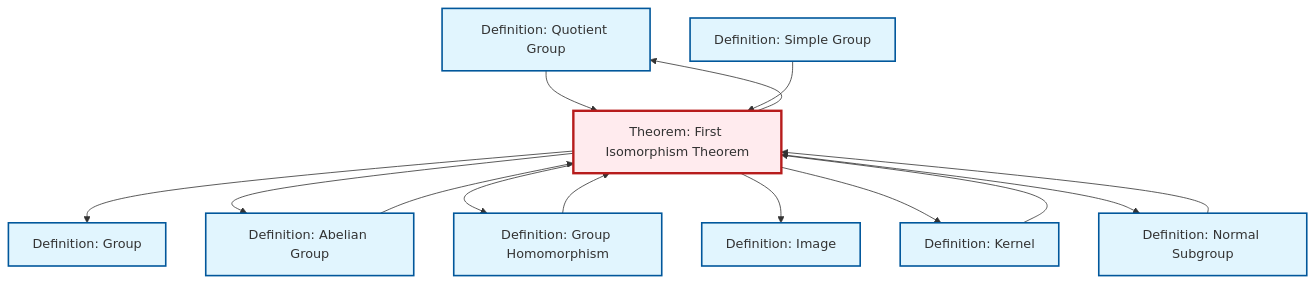
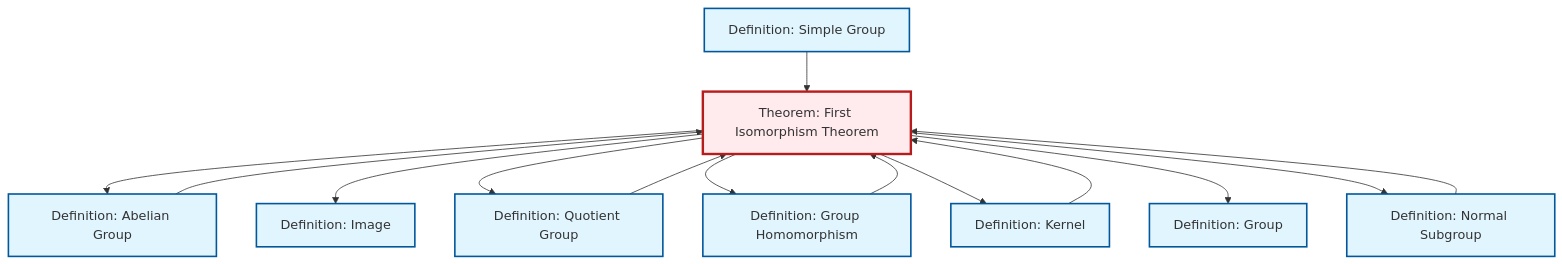
One commit to RK0429/ModernMath changed the diagram in content/ja/algebra/thm-first-isomorphism.qmd. Above: the diagram before and after it, drawn with Mermaid. The commit also changed other lines of this file and 581 other files, not shown here.

````diff
--- a/content/ja/algebra/thm-first-isomorphism.qmd
+++ b/content/ja/algebra/thm-first-isomorphism.qmd
@@ -101,40 +101,40 @@
 ```{mermaid}
 %%| fig-cap: "Local dependency graph"
 graph TD
     classDef definition fill:#e1f5fe,stroke:#01579b,stroke-width:2px
     classDef theorem fill:#f3e5f5,stroke:#4a148c,stroke-width:2px
     classDef axiom fill:#fff3e0,stroke:#e65100,stroke-width:2px
     classDef example fill:#e8f5e9,stroke:#1b5e20,stroke-width:2px
     classDef current fill:#ffebee,stroke:#b71c1c,stroke-width:3px
+    def-simple-group["Definition: Simple Group"]:::definition
+    def-image["Definition: Image"]:::definition
+    def-normal-subgroup["Definition: Normal Subgroup"]:::definition
     def-quotient-group["Definition: Quotient Group"]:::definition
+    def-abelian-group["Definition: Abelian Group"]:::definition
     def-kernel["Definition: Kernel"]:::definition
-    def-image["Definition: Image"]:::definition
-    def-abelian-group["Definition: Abelian Group"]:::definition
-    def-simple-group["Definition: Simple Group"]:::definition
     def-group["Definition: Group"]:::definition
-    def-normal-subgroup["Definition: Normal Subgroup"]:::definition
     def-homomorphism["Definition: Group Homomorphism"]:::definition
     thm-first-isomorphism["Theorem: First Isomorphism Theorem"]:::theorem
+    thm-first-isomorphism --> def-abelian-group
     def-quotient-group --> thm-first-isomorphism
+    thm-first-isomorphism --> def-image
+    thm-first-isomorphism --> def-quotient-group
+    thm-first-isomorphism --> def-homomorphism
+    thm-first-isomorphism --> def-kernel
     thm-first-isomorphism --> def-group
-    def-normal-subgroup --> thm-first-isomorphism
-    thm-first-isomorphism --> def-abelian-group
-    def-abelian-group --> thm-first-isomorphism
-    thm-first-isomorphism --> def-homomorphism
-    thm-first-isomorphism --> def-image
     def-simple-group --> thm-first-isomorphism
     def-kernel --> thm-first-isomorphism
-    thm-first-isomorphism --> def-kernel
+    def-homomorphism --> thm-first-isomorphism
+    def-abelian-group --> thm-first-isomorphism
+    def-normal-subgroup --> thm-first-isomorphism
     thm-first-isomorphism --> def-normal-subgroup
-    thm-first-isomorphism --> def-quotient-group
-    def-homomorphism --> thm-first-isomorphism
     class thm-first-isomorphism current
+    click def-simple-group "def-simple-group.html" "Definition: Simple Groupへ"
+    click def-image "def-image.html" "Definition: Imageへ"
+    click def-normal-subgroup "def-normal-subgroup.html" "Definition: Normal Subgroupへ"
     click def-quotient-group "def-quotient-group.html" "Definition: Quotient Groupへ"
+    click def-abelian-group "def-abelian-group.html" "Definition: Abelian Groupへ"
     click def-kernel "def-kernel.html" "Definition: Kernelへ"
-    click def-image "def-image.html" "Definition: Imageへ"
-    click def-abelian-group "def-abelian-group.html" "Definition: Abelian Groupへ"
-    click def-simple-group "def-simple-group.html" "Definition: Simple Groupへ"
     click def-group "def-group.html" "Definition: Groupへ"
-    click def-normal-subgroup "def-normal-subgroup.html" "Definition: Normal Subgroupへ"
     click def-homomorphism "def-homomorphism.html" "Definition: Group Homomorphismへ"
 ```
````
